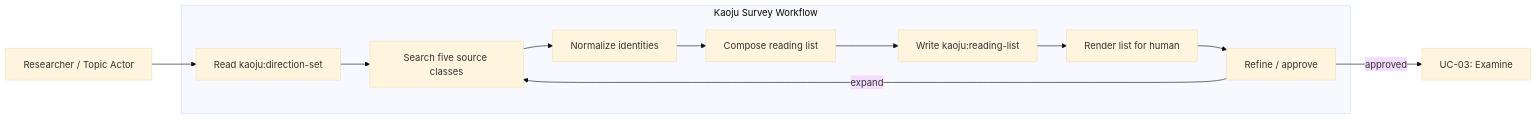
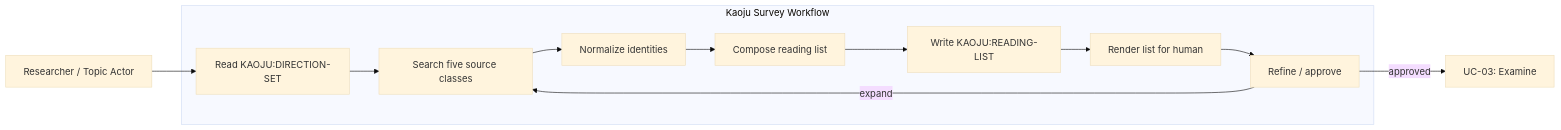
The first of 2 diagrams in context/features/2026-07-14-kaoju-survey-process-usecases/usecases/uc-02-collect-online-info-and-build-reading-list.md (CodeGandee/isomer-labs), drawn with Mermaid (base theme) before and after one commit. The commit also changed other lines of this file and 309 other files, not shown here.

````diff
--- a/context/features/2026-07-14-kaoju-survey-process-usecases/usecases/uc-02-collect-online-info-and-build-reading-list.md
+++ b/context/features/2026-07-14-kaoju-survey-process-usecases/usecases/uc-02-collect-online-info-and-build-reading-list.md
@@ -81,24 +81,24 @@
 ```mermaid
 flowchart LR
   Actor[Researcher / Topic Actor]
 
   subgraph System[Kaoju Survey Workflow]
-    ReadSet[Read kaoju:direction-set]
+    ReadSet[Read KAOJU:DIRECTION-SET]
     Search[Search five source classes]
     Normalize[Normalize identities]
     Compose[Compose reading list]
-    WriteList[Write kaoju:reading-list]
+    WriteList[Write KAOJU:READING-LIST]
     Inspect[Render list for human]
     Refine[Refine / approve]
   end
 
   Actor --> ReadSet
   ReadSet --> Search
   Search --> Normalize
   Normalize --> Compose
   Compose --> WriteList
   WriteList --> Inspect
   Inspect --> Refine
   Refine -->|approved| Examine["UC-03: Examine"]
   Refine -->|expand| Search
 ```
````
